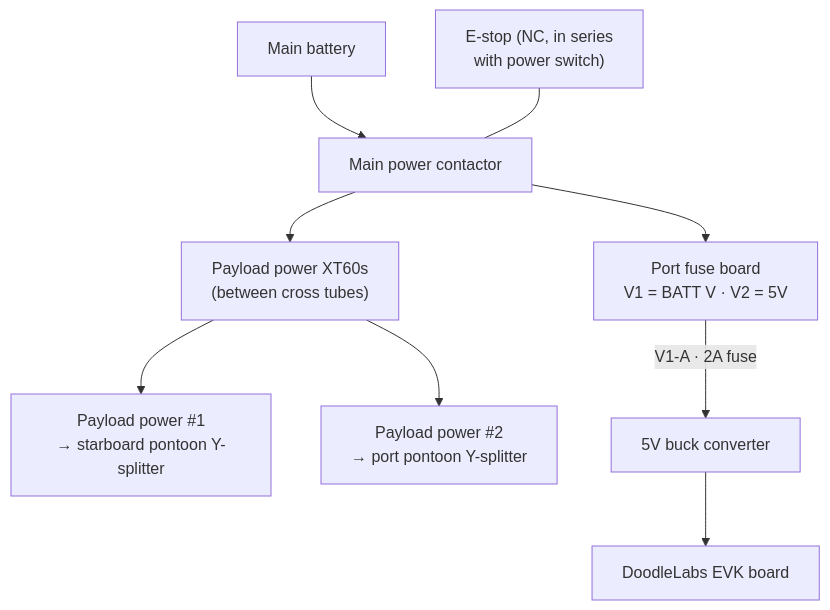
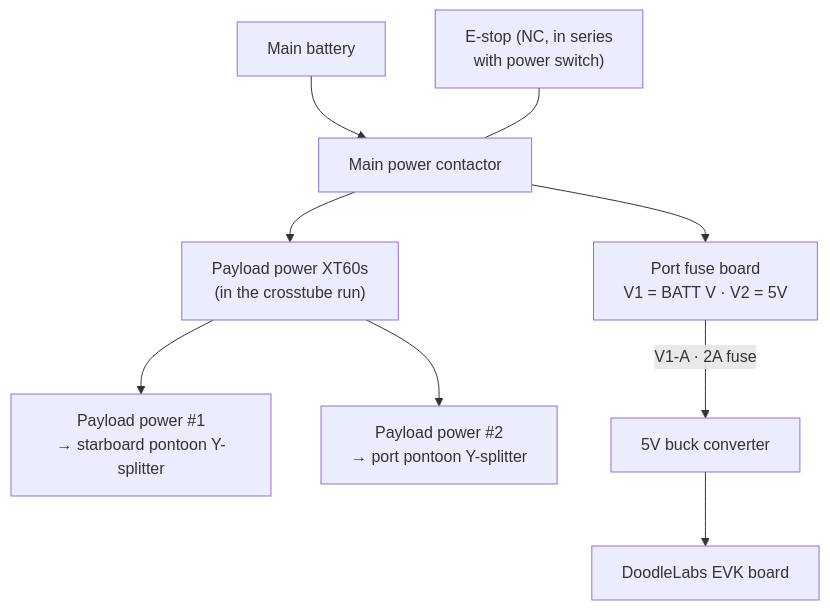
The first of 2 diagrams in documentation/11_electrical_wiring.md (pavlab-mit/moos-ivp-greece), drawn with Mermaid before and after one commit. The commit also changed other lines of this file and 1 other file, not shown here.

````diff
--- a/documentation/11_electrical_wiring.md
+++ b/documentation/11_electrical_wiring.md
@@ -62,11 +64,11 @@
 ```mermaid
 flowchart TD
     BATT["Main battery"] --> CONT["Main power contactor<br/>"]
     ESTOP["E-stop (NC, in series<br/>with power switch)"] --- CONT
-    CONT --> XT["Payload power XT60s<br/>(between cross tubes)"]
+    CONT --> XT["Payload power XT60s<br/>(in the crosstube run)"]
     XT --> PP1["Payload power #1<br/>→ starboard pontoon Y-splitter"]
     XT --> PP2["Payload power #2<br/>→ port pontoon Y-splitter"]
     CONT --> PFB["Port fuse board<br/>V1 = BATT V · V2 = 5V"]
     PFB -->|V1-A · 2A fuse| BUCK["5V buck converter"]
     BUCK --> EVK["DoodleLabs EVK board"]
 ```
````
